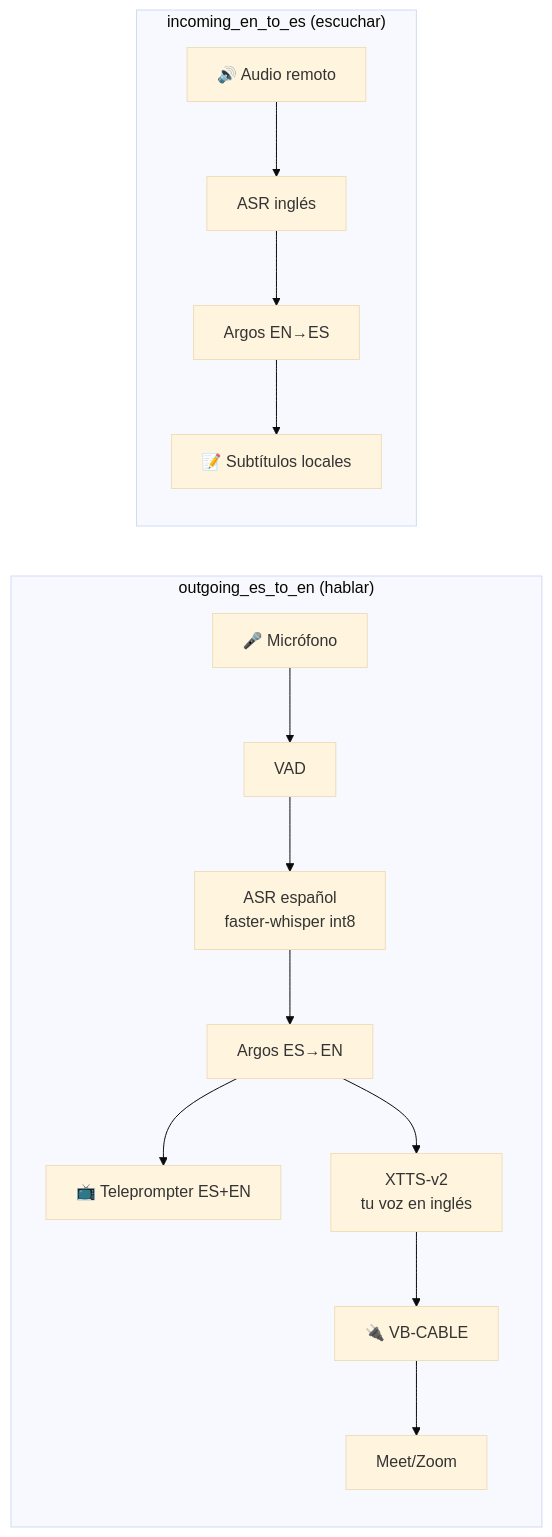
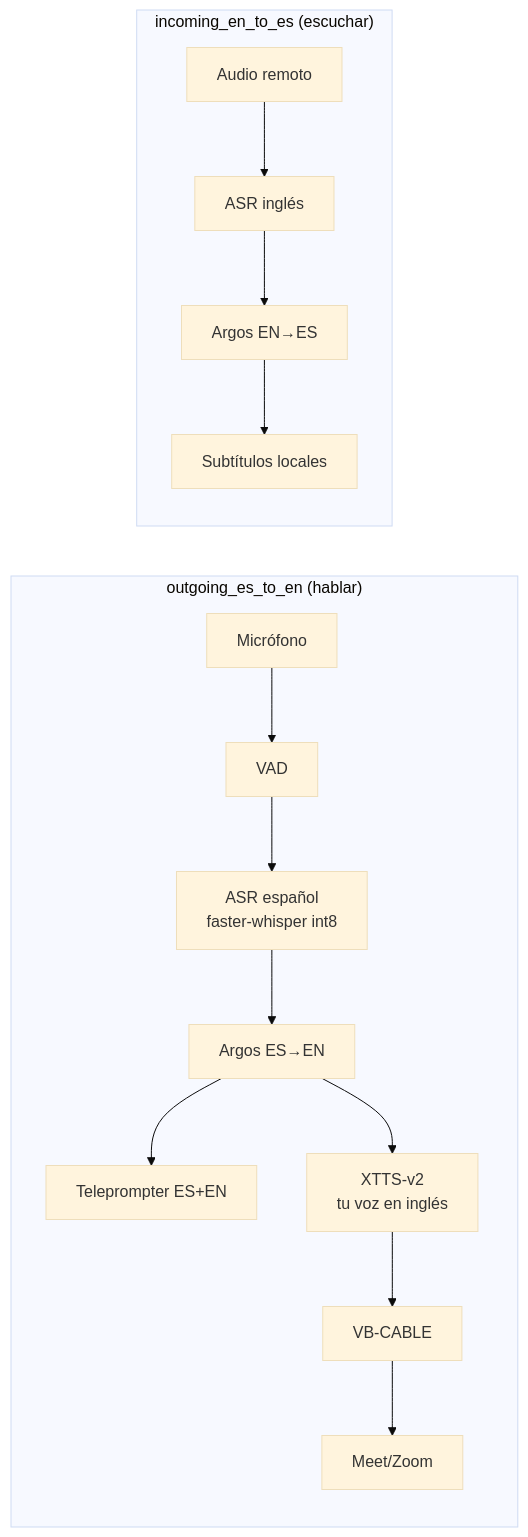
Before and after one commit to KevinGracianoL/realtime-voice-translator: the diagram in README.es.md, drawn with Mermaid (base theme). The commit also changed other lines of this file and 1 other file, not shown here.

````diff
--- a/README.es.md
+++ b/README.es.md
@@ -76,17 +75,17 @@
 ```mermaid
 flowchart LR
     subgraph OUT["outgoing_es_to_en (hablar)"]
-        M1[🎤 Micrófono] --> VAD[VAD]
+        M1[Micrófono] --> VAD[VAD]
         VAD --> ASR[ASR español<br/>faster-whisper int8]
         ASR --> TR[Argos ES→EN]
-        TR --> TP[📺 Teleprompter ES+EN]
+        TR --> TP[Teleprompter ES+EN]
         TR --> TTS[XTTS-v2<br/>tu voz en inglés]
-        TTS --> CABLE[🔌 VB-CABLE]
+        TTS --> CABLE[VB-CABLE]
         CABLE --> MEET[Meet/Zoom]
     end
     subgraph IN["incoming_en_to_es (escuchar)"]
-        REM[🔊 Audio remoto] --> ASREN[ASR inglés]
+        REM[Audio remoto] --> ASREN[ASR inglés]
         ASREN --> TR2[Argos EN→ES]
-        TR2 --> SUB[📝 Subtítulos locales]
+        TR2 --> SUB[Subtítulos locales]
     end
 ```
````
